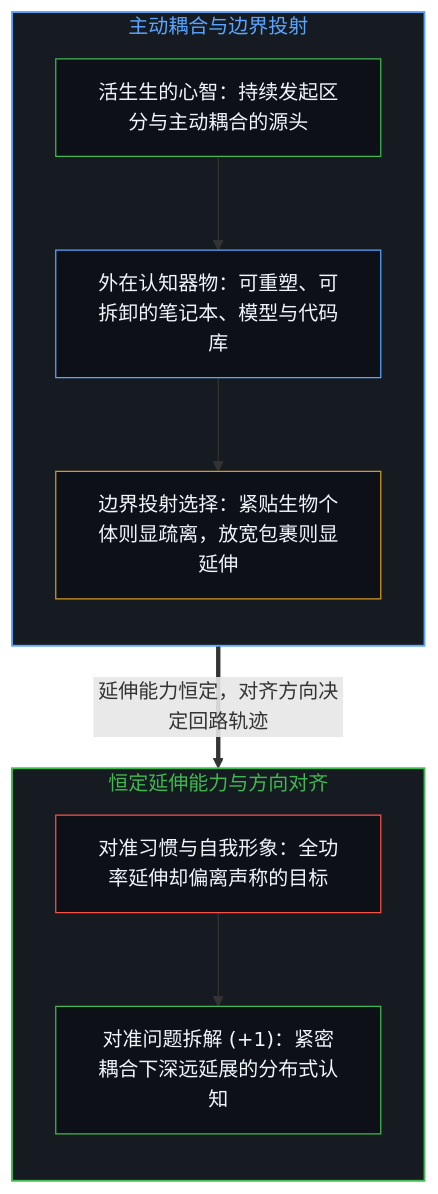
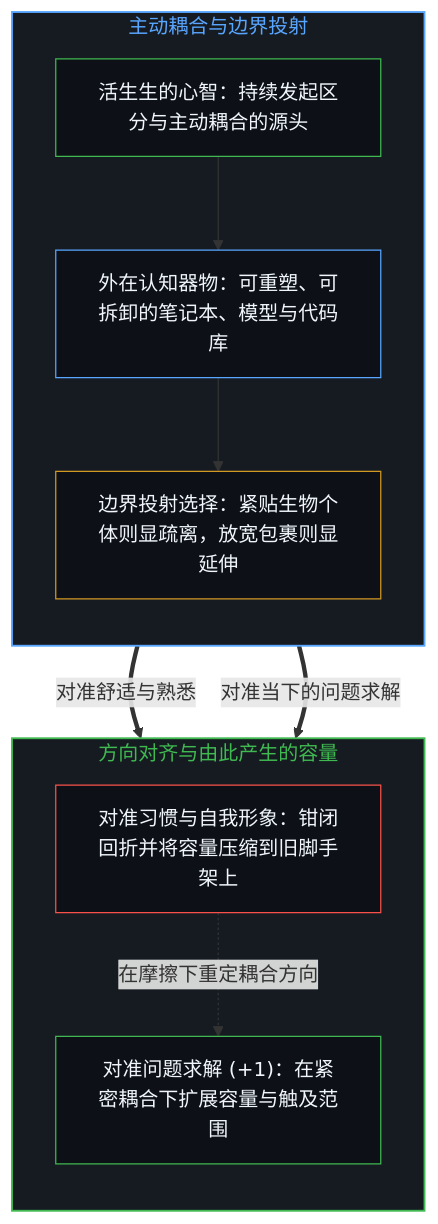
One commit to powerpig99/not-a-toe changed the first of 2 diagrams in content/posts/extended-cognition-refined.md. Above: the diagram before and after it, drawn with Mermaid. The commit also changed other lines of this file and 3 other files, not shown here.

Commit message:
Consolidate Deep Sleep Batch 10: power-law-is-the-long-term-consequence-of-normal-distribution, agency-and-the-pattern, extended-cognition-refined

````diff
--- a/content/posts/extended-cognition-refined.md
+++ b/content/posts/extended-cognition-refined.md
@@ -17,24 +17,25 @@
 ```mermaid
 flowchart TD
     subgraph S_Coupling["主动耦合与边界投射"]
         direction TB
         Mind["活生生的心智：持续发起区分与主动耦合的源头"]
         Tool["外在认知器物：可重塑、可拆卸的笔记本、模型与代码库"]
         Bound["边界投射选择：紧贴生物个体则显疏离，放宽包裹则显延伸"]
         Mind --> Tool --> Bound
     end
-    subgraph S_Align["恒定延伸能力与方向对齐"]
+    subgraph S_Align["方向对齐与由此产生的容量"]
         direction TB
-        Comfort["对准习惯与自我形象：全功率延伸却偏离声称的目标"]
-        Target["对准问题拆解 (+1)：紧密耦合下深远延展的分布式认知"]
-        Comfort --> Target
+        Comfort["对准习惯与自我形象：钳闭回折并将容量压缩到旧脚手架上"]
+        Target["对准问题求解 (+1)：在紧密耦合下扩展容量与触及范围"]
+        Comfort -.->|"在摩擦下重定耦合方向"| Target
     end
-    Bound ==>|"延伸能力恒定，对齐方向决定回路轨迹"| Comfort
+    Bound ==>|"对准舒适与熟悉"| Comfort
+    Bound ==>|"对准当下的问题求解"| Target
     style S_Coupling fill:#161b22,stroke:#58a6ff,stroke-width:1.5px,color:#58a6ff
     style S_Align fill:#161b22,stroke:#3fb950,stroke-width:1.5px,color:#3fb950
     style Mind fill:#0d1117,stroke:#3fb950,stroke-width:1px,color:#f0f6fc
     style Tool fill:#0d1117,stroke:#58a6ff,stroke-width:1px,color:#f0f6fc
     style Bound fill:#0d1117,stroke:#d29922,stroke-width:1px,color:#f0f6fc
     style Comfort fill:#0d1117,stroke:#f85149,stroke-width:1px,color:#f0f6fc
     style Target fill:#0d1117,stroke:#3fb950,stroke-width:1px,color:#f0f6fc
 ```
````
